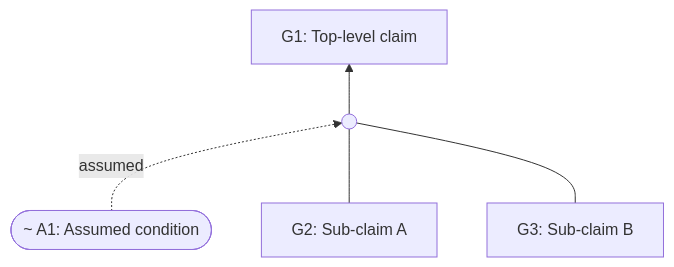
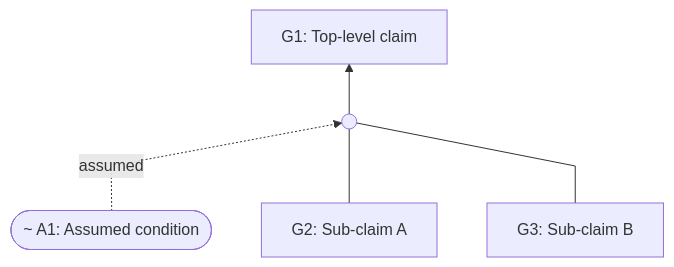
Diagram 18 of 19 in docs/sacm-mermaid.md (coreinfrastructure/best-practices-badge), drawn with Mermaid before and after one commit. The commit also changed other lines of this file, not shown here.

Commit message:
Try using straight lines
Attempt to use straight lines per a hint in
https://github.com/mermaid-js/mermaid/issues/2549

````diff
--- a/docs/sacm-mermaid.md
+++ b/docs/sacm-mermaid.md
@@ -673,13 +673,14 @@
 ```mermaid
+%%{ init: { "flowchart": { "curve": "linear" } } }%%
 flowchart BT
     G2["G2: Sub-claim A"]
     G3["G3: Sub-claim B"]
     A1(["~ A1: Assumed condition"])
     Inf1((" "))
     G1["G1: Top-level claim"]
 
     A1 -. "assumed" .-> Inf1
     G2 --- Inf1
     G3 --- Inf1
     Inf1 --> G1
 ```
````
